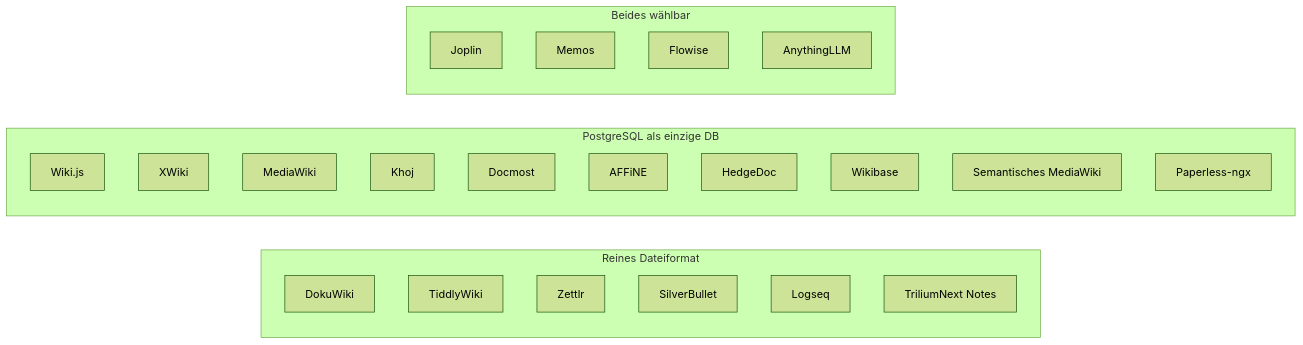
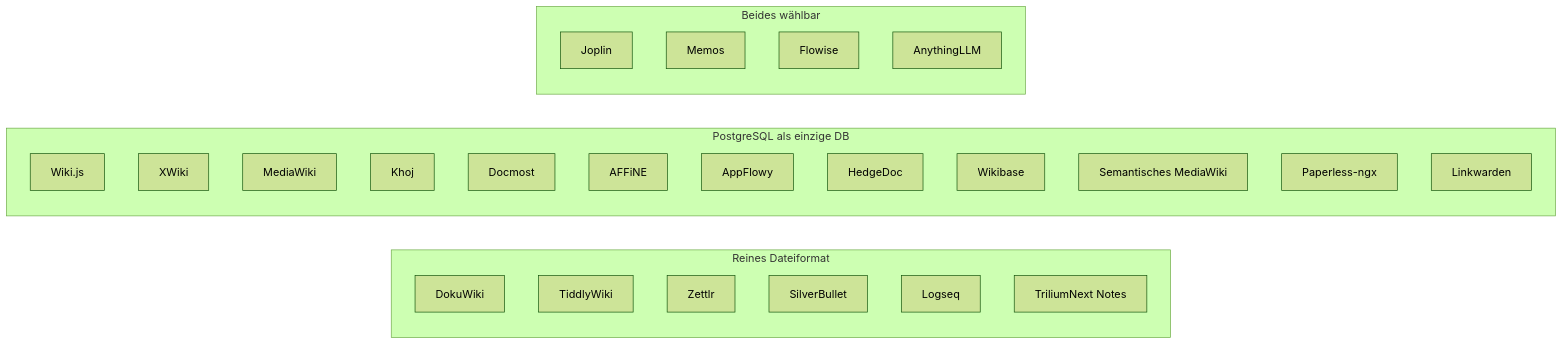
The second of 3 diagrams in docs/wissen/dokumentation/postgresql-dateiformat-wissenssysteme-2026-topliste.md (thorstenkloehn/dokument), drawn with Mermaid (forest theme) before and after one commit. The commit also changed other lines of this file and 18 other files, not shown here.

First line of the commit message:
docs: AppFlowy und Linkwarden in PostgreSQL/Dateiformat-Topliste ergänzen

````diff
--- a/docs/wissen/dokumentation/postgresql-dateiformat-wissenssysteme-2026-topliste.md
+++ b/docs/wissen/dokumentation/postgresql-dateiformat-wissenssysteme-2026-topliste.md
@@ -26,29 +26,31 @@
 ```mermaid
 graph LR
     subgraph Dateiformat["Reines Dateiformat"]
         DokuWiki
         TiddlyWiki
         Zettlr
         SilverBullet
         Logseq
         TriliumNext["TriliumNext Notes"]
     end
     subgraph PostgreSQL["PostgreSQL als einzige DB"]
         Wikijs["Wiki.js"]
         XWiki
         MediaWiki
         Khoj
         Docmost
         AFFiNE
+        AppFlowy
         HedgeDoc
         Wikibase
         SMW["Semantisches MediaWiki"]
         Paperless["Paperless-ngx"]
+        Linkwarden
     end
     subgraph Beides["Beides wählbar"]
         Joplin
         Memos
         Flowise
         AnythingLLM
     end
 ```
````
